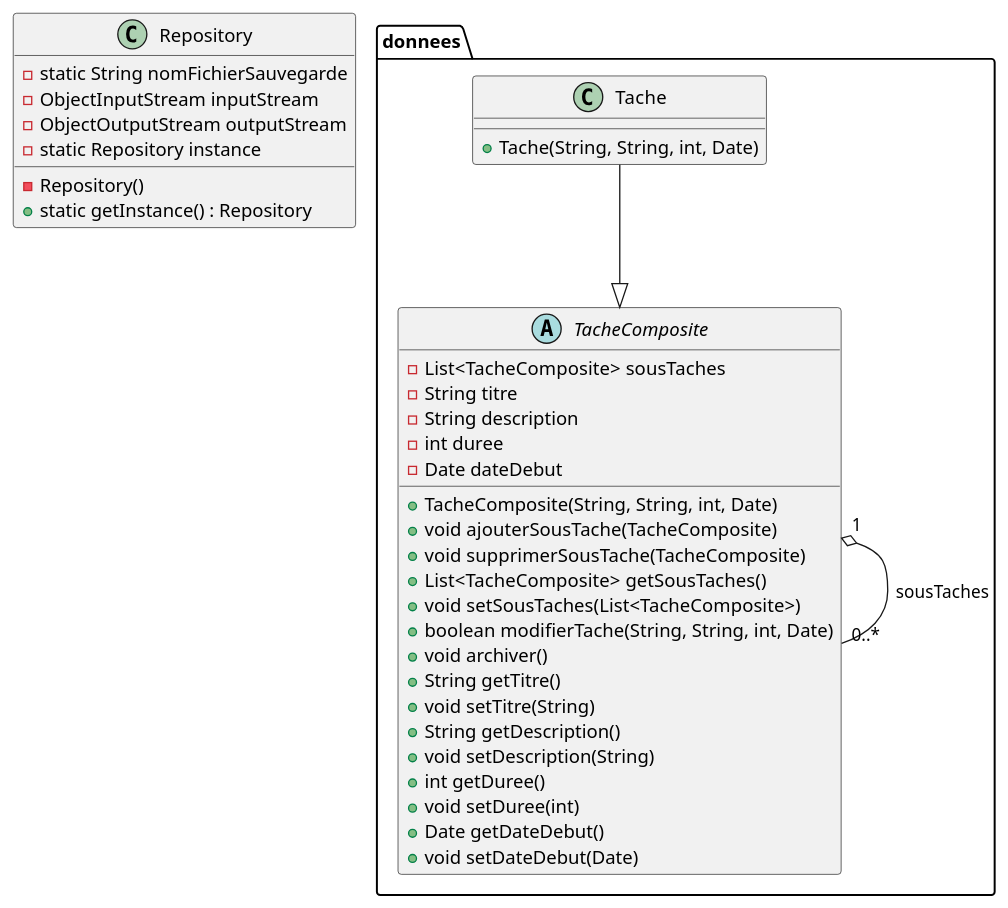
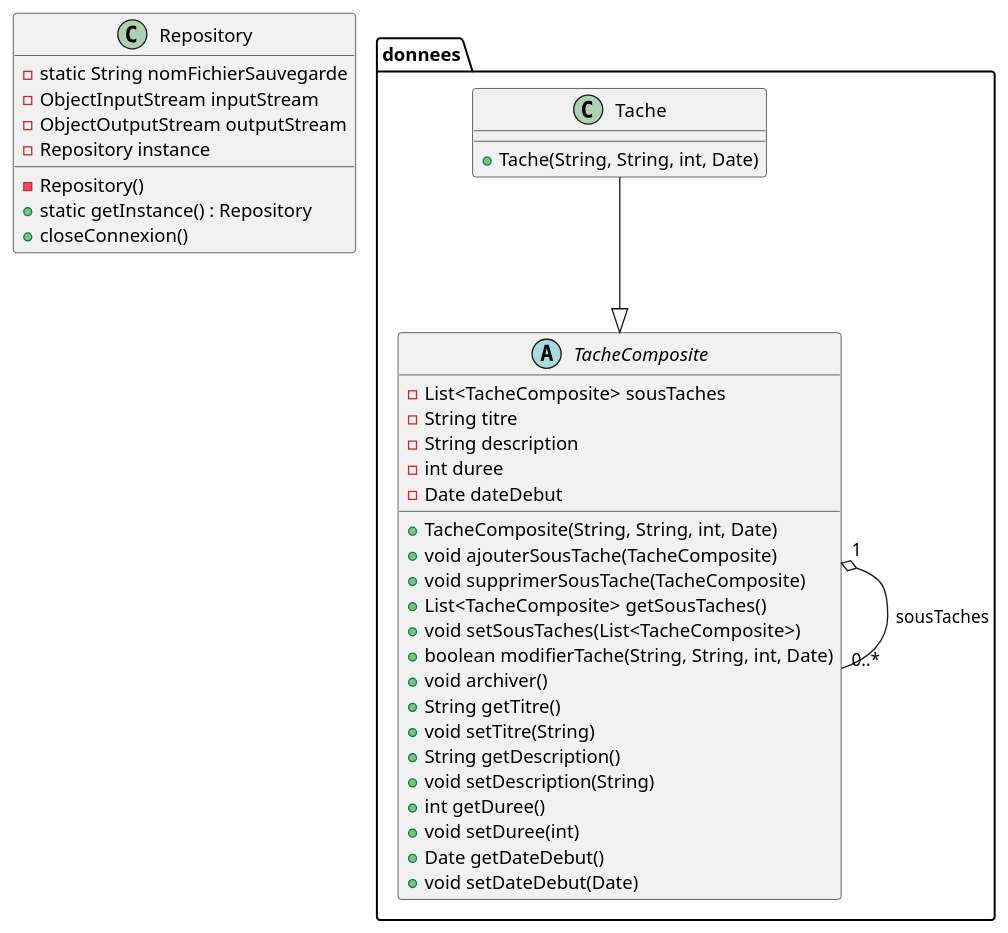
The diagram in Ollert_QDEV/diagrammes/DiagrammClassTache.puml (AlexanderCARNET/SAE_3_01_dev_application), drawn with PlantUML before and after one commit.

Commit message:
[UPDATE] ajout du diagramme de classe de repository dans le general

```diff
--- a/Ollert_QDEV/diagrammes/DiagrammClassTache.puml
+++ b/Ollert_QDEV/diagrammes/DiagrammClassTache.puml
@@ -1,48 +1,49 @@
 @startuml
 
 package donnees {
 
     abstract class TacheComposite {
         - List<TacheComposite> sousTaches
         - String titre
         - String description
         - int duree
         - Date dateDebut
 
         + TacheComposite(String, String, int, Date)
         + void ajouterSousTache(TacheComposite)
         + void supprimerSousTache(TacheComposite)
         + List<TacheComposite> getSousTaches()
         + void setSousTaches(List<TacheComposite>)
         + boolean modifierTache(String, String, int, Date)
         + void archiver()
         + String getTitre()
         + void setTitre(String)
         + String getDescription()
         + void setDescription(String)
         + int getDuree()
         + void setDuree(int)
         + Date getDateDebut()
         + void setDateDebut(Date)
     }
 
     class Tache {
         + Tache(String, String, int, Date)
     }
 
     Tache --|> TacheComposite
 
     TacheComposite "1" o-- "0..*" TacheComposite : sousTaches
 }
 
 class Repository{
     - static String nomFichierSauvegarde
     - ObjectInputStream inputStream
     - ObjectOutputStream outputStream
-    - static Repository instance
+    - Repository instance
     - Repository()
     + static getInstance() : Repository
+    + closeConnexion()
 }
 
 
 @enduml
```
